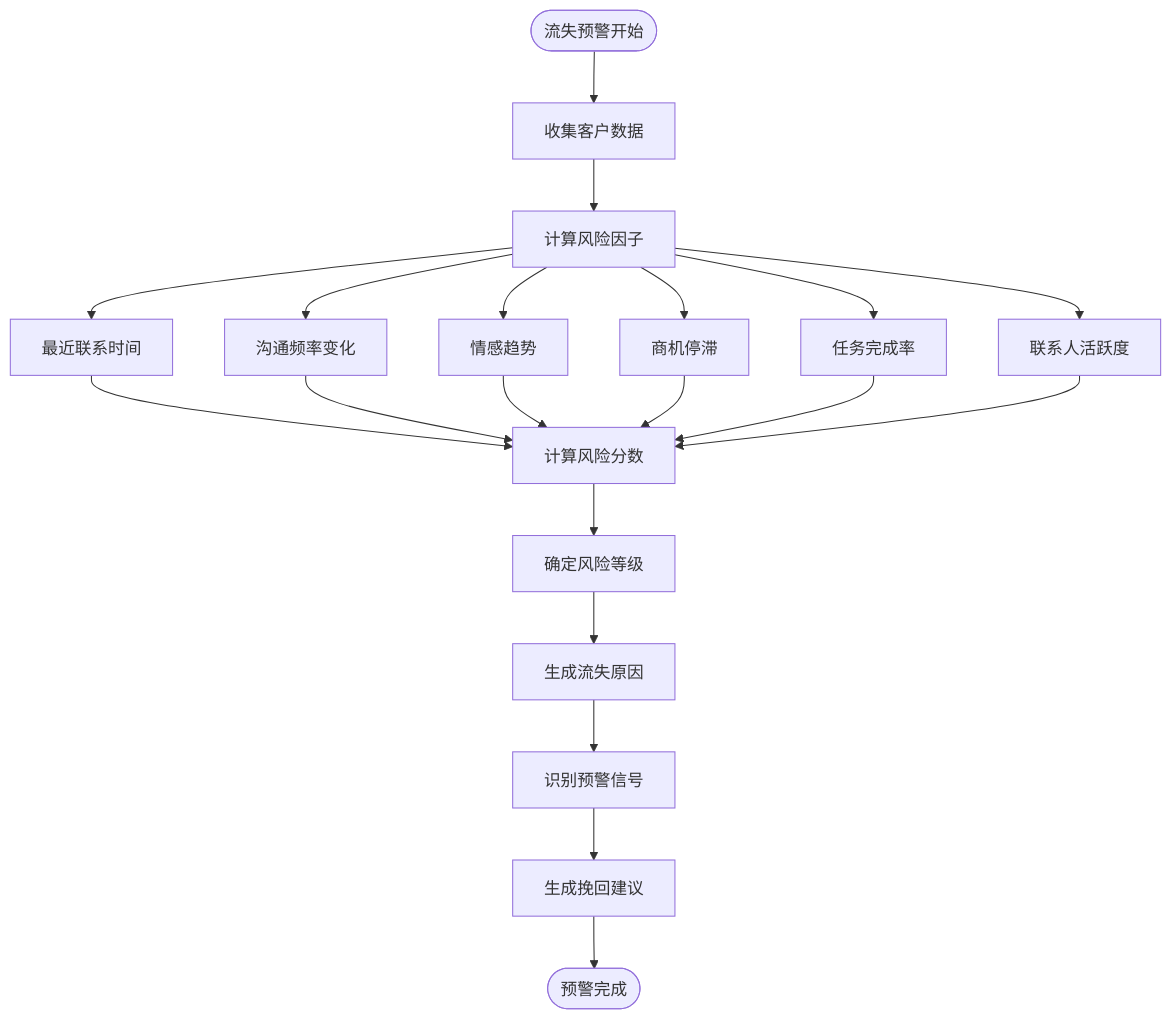
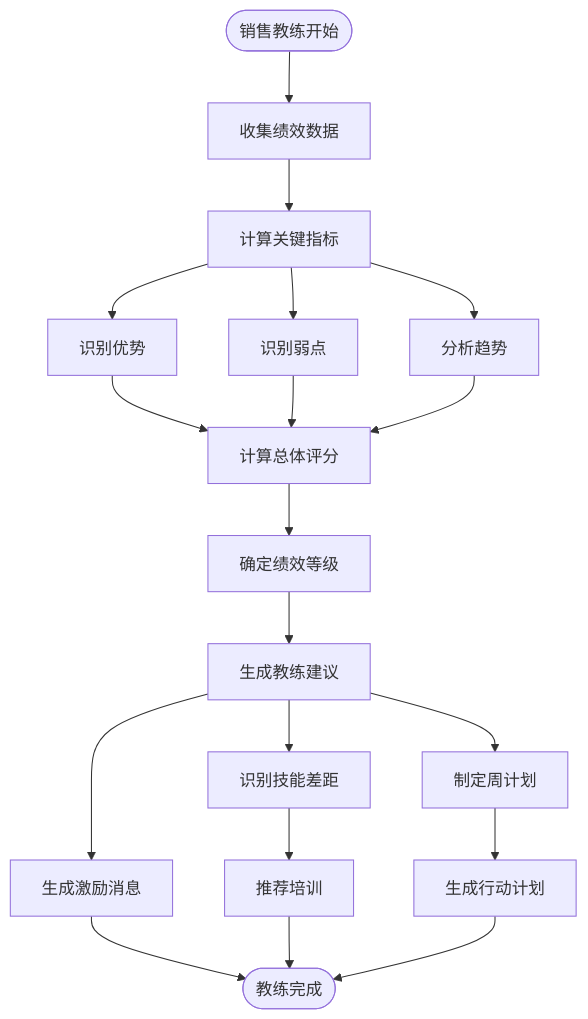
One commit to xianjianshenqu/SalesFlow-CRM changed the sixth of 11 diagrams in .qoder/repowiki/zh/content/Ai Audio Analysis.md. Above: the diagram before and after it, drawn with Mermaid. The commit also changed other lines of this file and 28 other files, not shown here.

````diff
--- a/.qoder/repowiki/zh/content/Ai Audio Analysis.md
+++ b/.qoder/repowiki/zh/content/Ai Audio Analysis.md
@@ -328,22 +410,21 @@
 ```mermaid
 flowchart TD
-Start([流失预警开始]) --> Data[收集客户数据]
-Data --> RiskFactors[计算风险因子]
-RiskFactors --> LastContact[最近联系时间]
-RiskFactors --> Communication[沟通频率变化]
-RiskFactors --> Sentiment[情感趋势]
-RiskFactors --> Opportunity[商机停滞]
-RiskFactors --> TaskCompletion[任务完成率]
-RiskFactors --> ContactActivity[联系人活跃度]
-LastContact --> RiskScore[计算风险分数]
-Communication --> RiskScore
-Sentiment --> RiskScore
-Opportunity --> RiskScore
-TaskCompletion --> RiskScore
-ContactActivity --> RiskScore
-RiskScore --> RiskLevel[确定风险等级]
-RiskLevel --> Reasons[生成流失原因]
-Reasons --> Signals[识别预警信号]
-Signals --> Suggestions[生成挽回建议]
-Suggestions --> End([预警完成])
+Start([销售教练开始]) --> PerformanceData[收集绩效数据]
+PerformanceData --> Metrics[计算关键指标]
+Metrics --> Strengths[识别优势]
+Metrics --> Weaknesses[识别弱点]
+Metrics --> Trends[分析趋势]
+Strengths --> OverallScore[计算总体评分]
+Weaknesses --> OverallScore
+Trends --> OverallScore
+OverallScore --> PerformanceLevel[确定绩效等级]
+PerformanceLevel --> Suggestions[生成教练建议]
+Suggestions --> WeeklyPlan[制定周计划]
+Suggestions --> Motivation[生成激励消息]
+Suggestions --> SkillGaps[识别技能差距]
+SkillGaps --> Training[推荐培训]
+WeeklyPlan --> ActionPlan[生成行动计划]
+Motivation --> End([教练完成])
+Training --> End
+ActionPlan --> End
 ```
````
